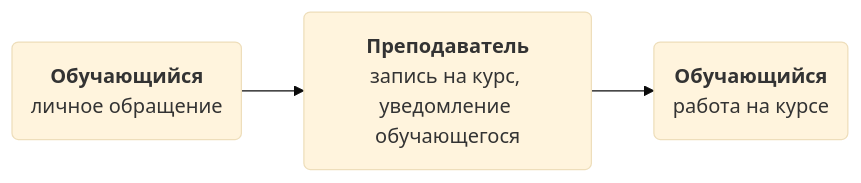
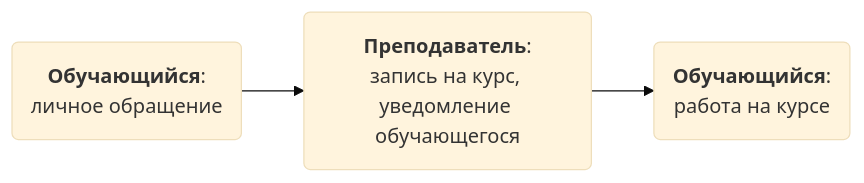
Before and after one commit to zoyter/eios-docs: the sixth of 9 diagrams in docs/student.md, drawn with Mermaid (base theme). The commit also changed other lines of this file and 12 other files, not shown here.

````diff
--- a/docs/student.md
+++ b/docs/student.md
@@ -144,14 +144,14 @@
 ```mermaid
 flowchart LR
-    dep_student("`**Обучающийся**
+    dep_student("`**Обучающийся**:
     личное обращение`") 
 
-    dep_teacher("`**Преподаватель**
+    dep_teacher("`**Преподаватель**:
     запись на курс, уведомление обучающегося`") 
         
-    dep_student2("`**Обучающийся**
+    dep_student2("`**Обучающийся**:
     работа на курсе`")    
     
     dep_student-->dep_teacher
     dep_teacher-->dep_student2
 ```
````
